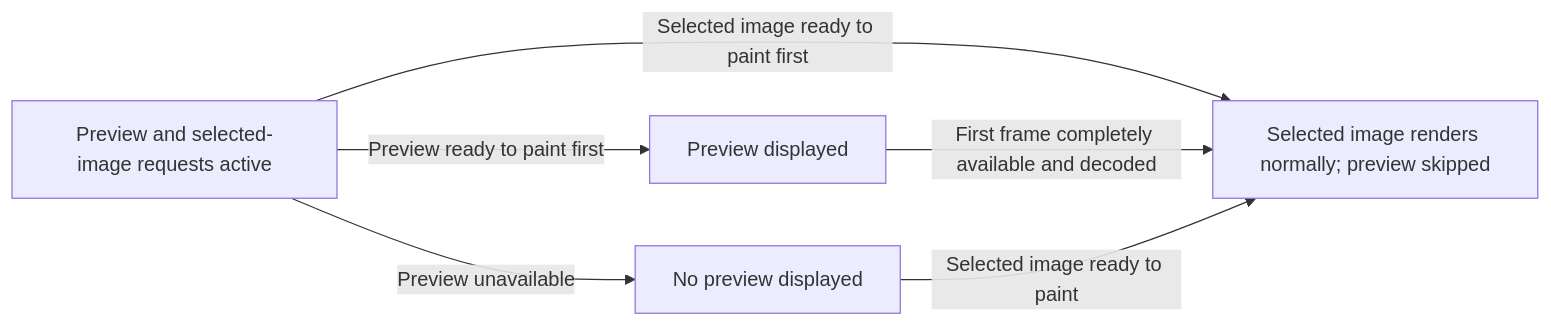
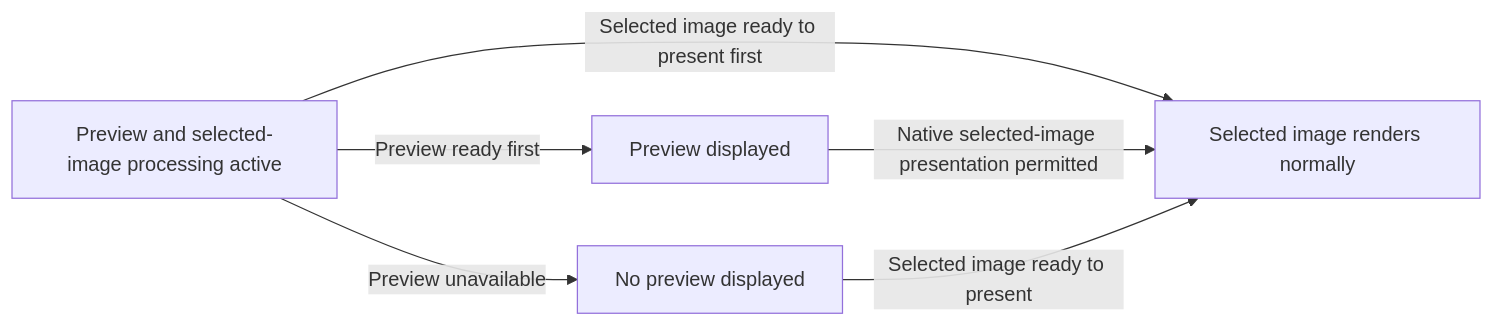
Before and after one commit to MicrosoftEdge/MSEdgeExplainers: the diagram in ImagePreview/explainer.md, drawn with Mermaid. The commit also changed other lines of this file and 2 other files, not shown here.

First line of the commit message:
Revise Image Preview inputs, responsive support, and lifecycle (#1436)

````diff
--- a/ImagePreview/explainer.md
+++ b/ImagePreview/explainer.md
@@ -217,8 +251,8 @@
 ```mermaid
 flowchart LR
-  A[Preview and selected-image requests active] -->|Selected image ready to paint first| I[Selected image renders normally; preview skipped]
-  A -->|Preview ready to paint first| P[Preview displayed]
-  P -->|First frame completely available and decoded| I
+  A[Preview and selected-image processing active] -->|Selected image ready to present first| I[Selected image renders normally]
+  A -->|Preview ready first| P[Preview displayed]
+  P -->|Native selected-image presentation permitted| I
   A -->|Preview unavailable| N[No preview displayed]
-  N -->|Selected image ready to paint| I
+  N -->|Selected image ready to present| I
 ```
````
